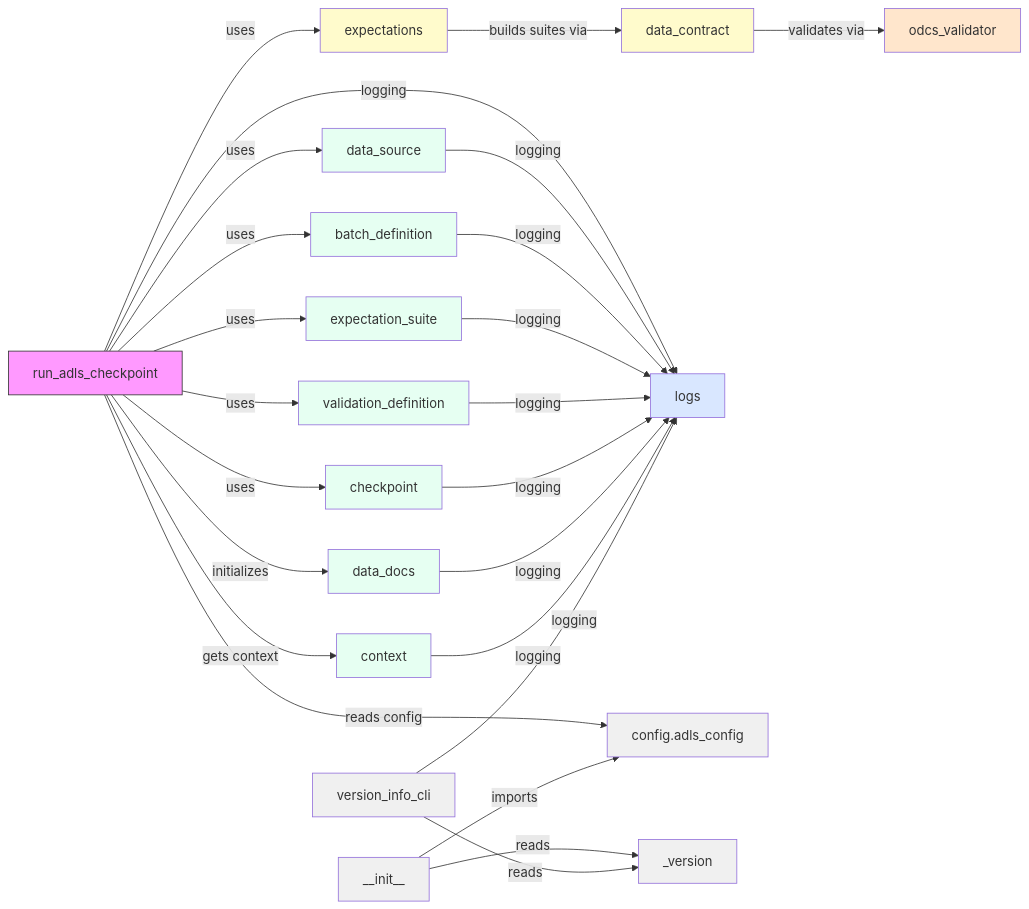
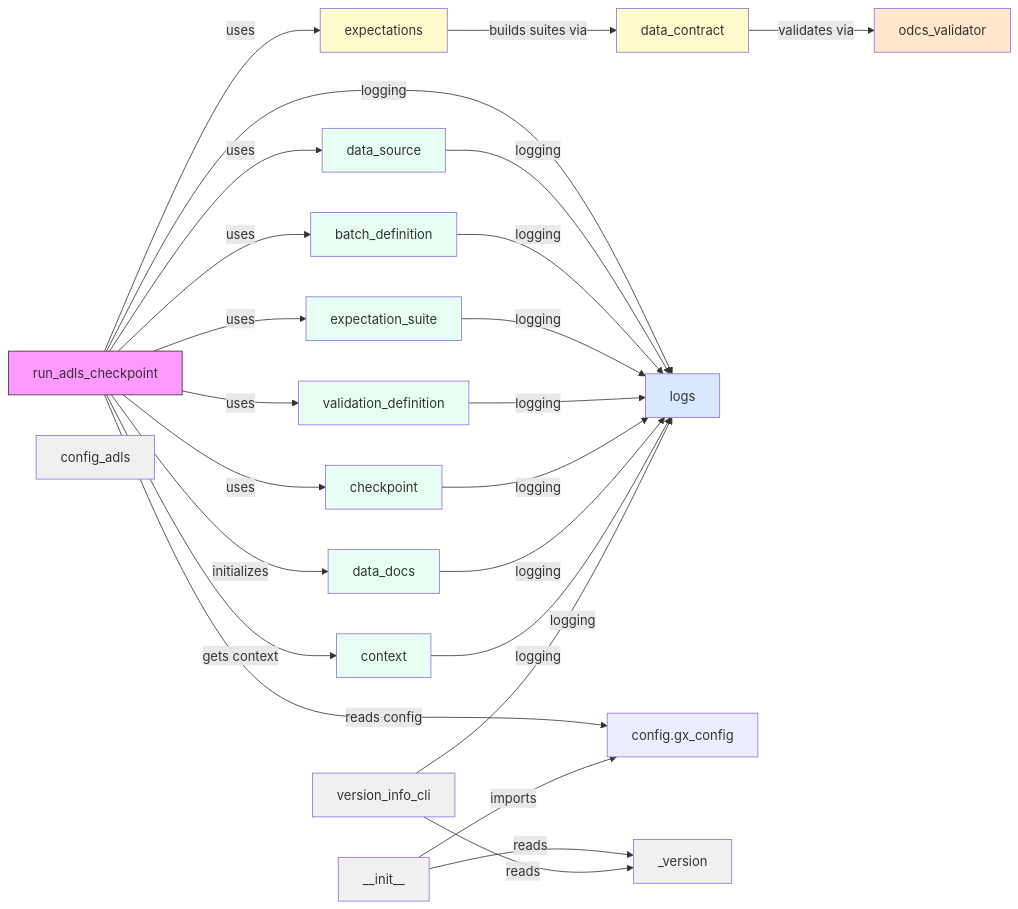
The diagram in docs/dependency-diagram.md (jactools/dq-docker), drawn with Mermaid before and after one commit. The commit also changed 26 other files, not shown here.

````diff
--- a/docs/dependency-diagram.md
+++ b/docs/dependency-diagram.md
@@ -5,71 +5,71 @@
 ```mermaid
 flowchart LR
   %% Core runtime
   run["run_adls_checkpoint"]
 
   %% Helpers & modules
   expectations["expectations"]
   data_contract["data_contract"]
   odcs_validator["odcs_validator"]
   data_source["data_source"]
   batch_def["batch_definition"]
   suite["expectation_suite"]
   validation["validation_definition"]
   checkpoint["checkpoint"]
   data_docs["data_docs"]
   context_mod["context"]
   logs["logs"]
-  config_adls["config.adls_config"]
+  config_gx["config.gx_config"]
   version_cli["version_info_cli"]
   pkg_init["__init__"]
   version_mod["_version"]
 
   %% runtime dependencies
   run -->|uses| expectations
   run -->|uses| data_source
   run -->|uses| batch_def
   run -->|uses| suite
   run -->|uses| validation
   run -->|uses| checkpoint
-  run -->|reads config| config_adls
+  run -->|reads config| config_gx
   run -->|initializes| data_docs
   run -->|gets context| context_mod
   run -->|logging| logs
 
   %% expectations -> contract -> validator
   expectations -->|builds suites via| data_contract
   data_contract -->|validates via| odcs_validator
 
   %% modules that use logging
   data_source -->|logging| logs
   batch_def -->|logging| logs
   suite -->|logging| logs
   validation -->|logging| logs
   checkpoint -->|logging| logs
   data_docs -->|logging| logs
   context_mod -->|logging| logs
   version_cli -->|logging| logs
 
   %% package metadata
-  pkg_init -->|imports| config_adls
+  pkg_init -->|imports| config_gx
   pkg_init -->|reads| version_mod
   version_cli -->|reads| version_mod
 
   style run fill:#f9f,stroke:#333,stroke-width:1px
   style expectations fill:#fffbcc
   style data_contract fill:#fffbcc
   style odcs_validator fill:#ffe6cc
   style data_source fill:#e6fff2
   style batch_def fill:#e6fff2
   style suite fill:#e6fff2
   style validation fill:#e6fff2
   style checkpoint fill:#e6fff2
   style data_docs fill:#e6fff2
   style context_mod fill:#e6fff2
   style logs fill:#d9e7ff
   style config_adls fill:#f0f0f0
   style pkg_init fill:#f0f0f0
   style version_mod fill:#f0f0f0
   style version_cli fill:#f0f0f0
 
 ```
````
